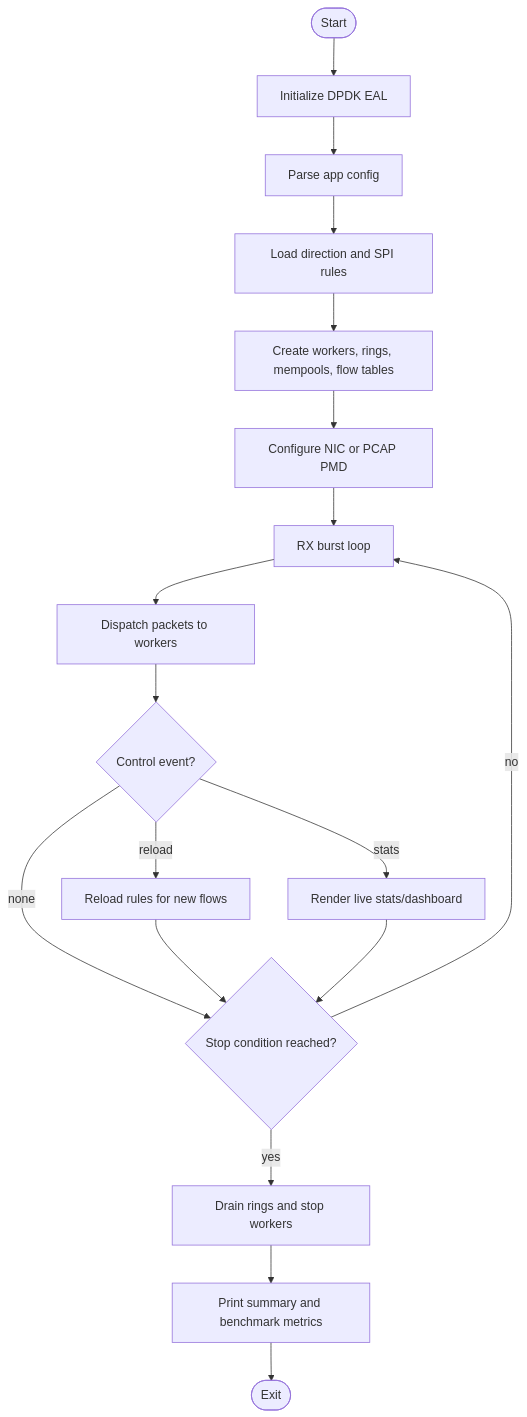
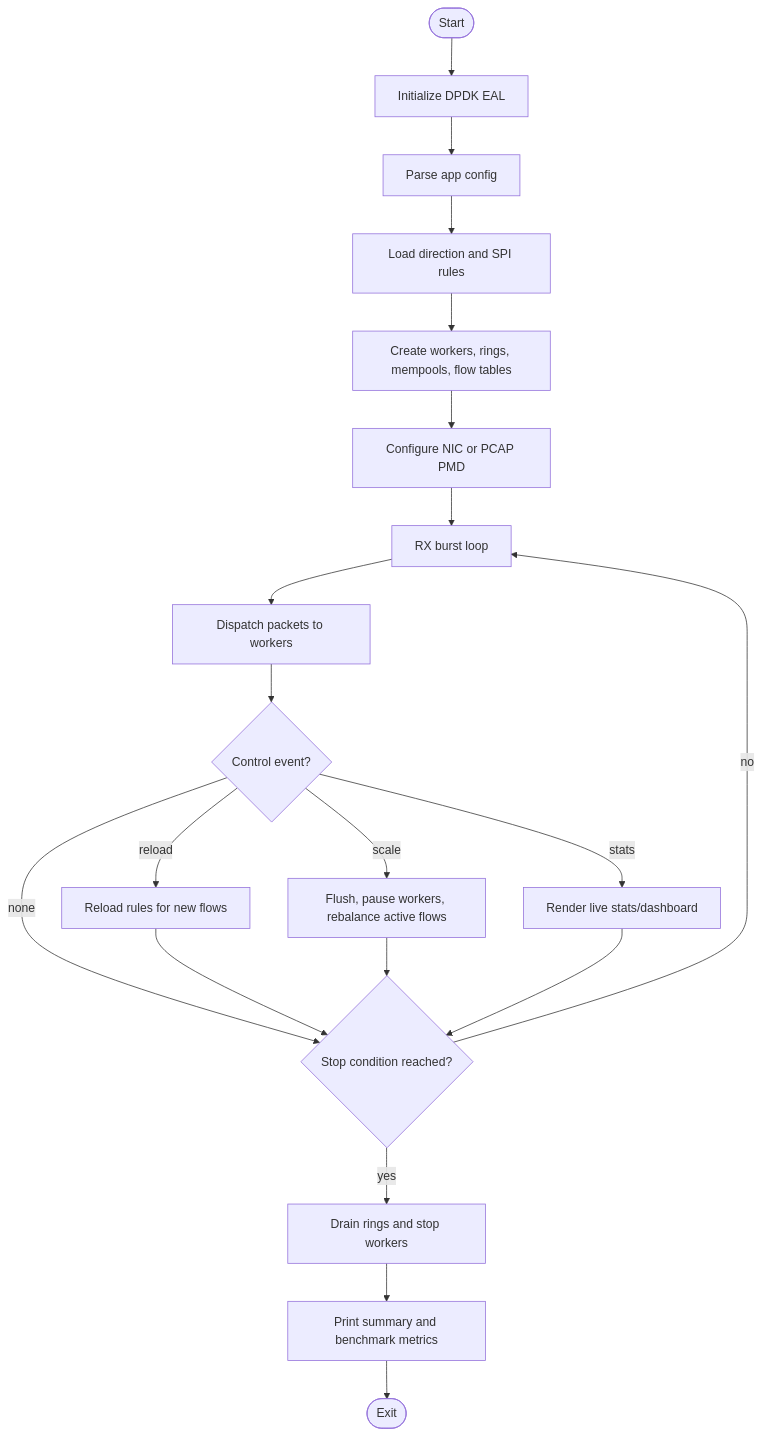
The eighth of 9 diagrams in reports/DESIGN_DIAGRAMS.md (UFOsonzz/VDT_HPC_FlowTable), drawn with Mermaid before and after one commit. The commit also changed other lines of this file and 20 other files, not shown here.

````diff
--- a/reports/DESIGN_DIAGRAMS.md
+++ b/reports/DESIGN_DIAGRAMS.md
@@ -142,20 +151,22 @@
 ```mermaid
 flowchart TD
     START([Start]) --> EAL[Initialize DPDK EAL]
     EAL --> CFG[Parse app config]
     CFG --> RULE[Load direction and SPI rules]
     RULE --> INIT[Create workers, rings, mempools, flow tables]
     INIT --> PORT[Configure NIC or PCAP PMD]
     PORT --> RX[RX burst loop]
     RX --> PROC[Dispatch packets to workers]
     PROC --> CTRL{Control event?}
     CTRL -- reload --> RELOAD[Reload rules for new flows]
+    CTRL -- scale --> SCALE[Flush, pause workers, rebalance active flows]
     CTRL -- stats --> SHOW[Render live stats/dashboard]
     CTRL -- none --> RUN{Stop condition reached?}
     RELOAD --> RUN
+    SCALE --> RUN
     SHOW --> RUN
     RUN -- no --> RX
     RUN -- yes --> DRAIN[Drain rings and stop workers]
     DRAIN --> SUM[Print summary and benchmark metrics]
     SUM --> END([Exit])
 ```
````
